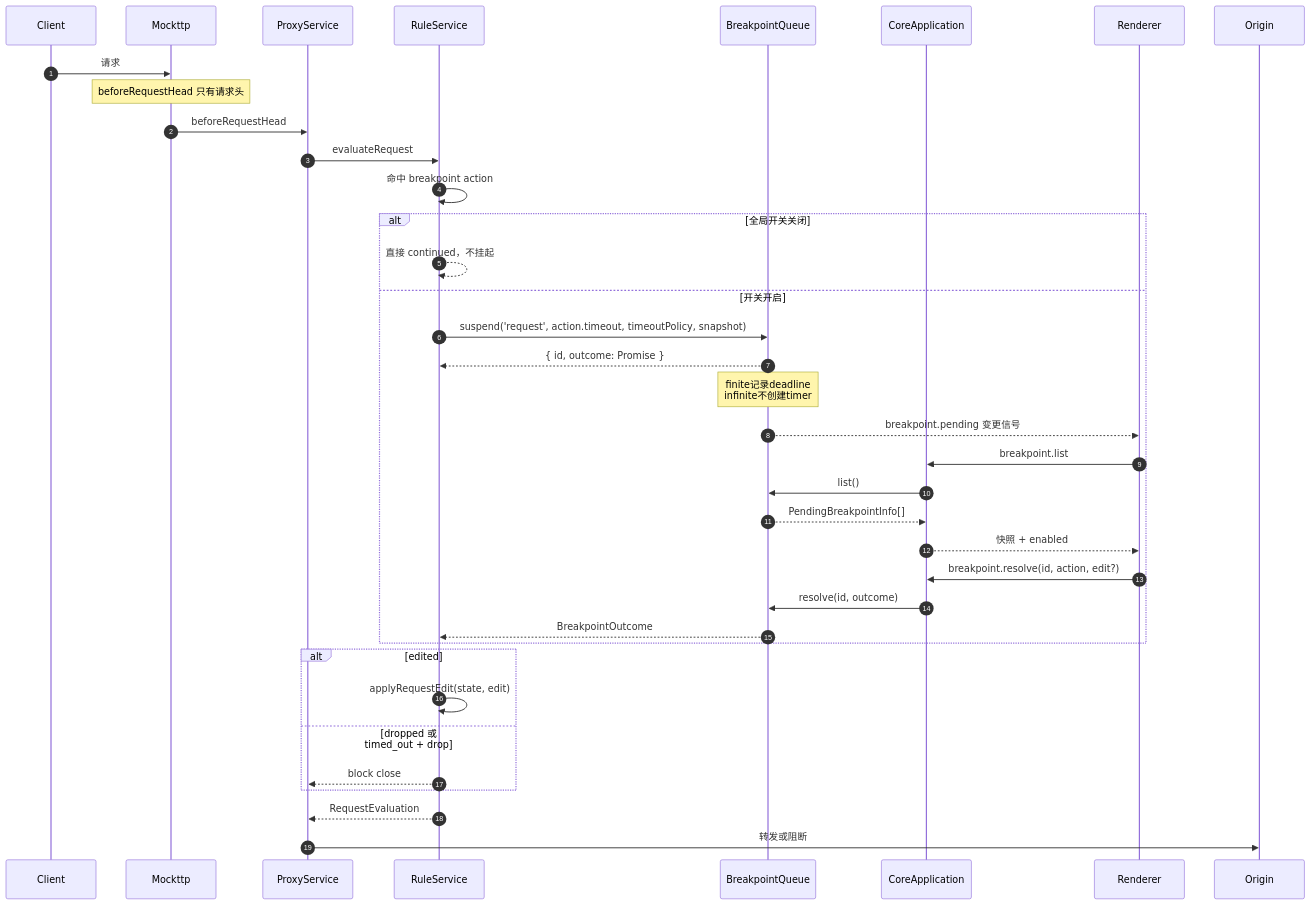
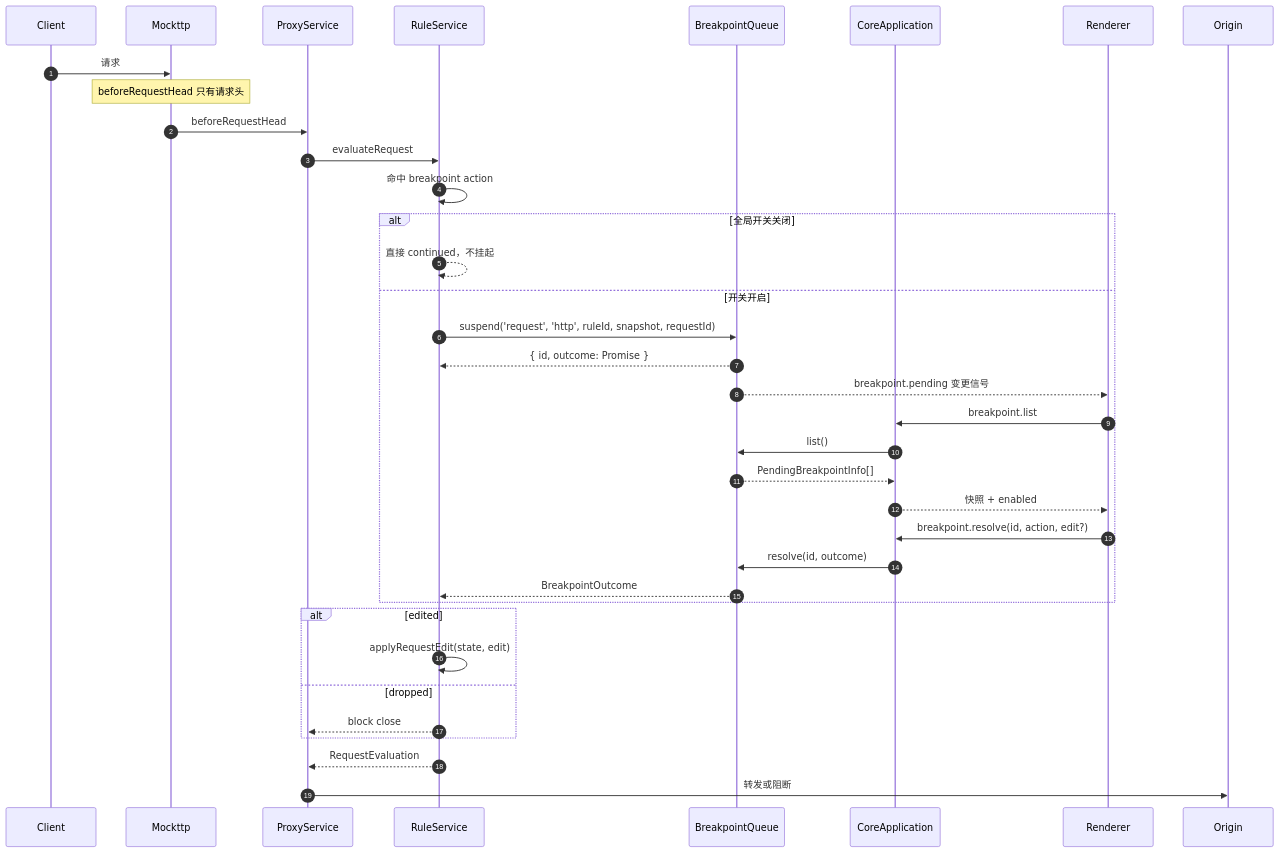
One commit to zhxmt-xm/Interceptor changed the second of 3 diagrams in architecture/features/breakpoints.md. Above: the diagram before and after it, drawn with Mermaid. The commit also changed other lines of this file and 181 other files, not shown here.

````diff
--- a/architecture/features/breakpoints.md
+++ b/architecture/features/breakpoints.md
@@ -60,45 +59,44 @@
 ```mermaid
 sequenceDiagram
     autonumber
     participant Client
     participant Mockttp
     participant Proxy as ProxyService
     participant Engine as RuleService
     participant Queue as BreakpointQueue
     participant App as CoreApplication
     participant UI as Renderer
     participant Origin
 
     Client->>Mockttp: 请求
     Note over Mockttp: beforeRequestHead 只有请求头
     Mockttp->>Proxy: beforeRequestHead
     Proxy->>Engine: evaluateRequest
 
     Engine->>Engine: 命中 breakpoint action
     alt 全局开关关闭
         Engine-->>Engine: 直接 continued，不挂起
     else 开关开启
-        Engine->>Queue: suspend('request', action.timeout, timeoutPolicy, snapshot)
+        Engine->>Queue: suspend('request', 'http', ruleId, snapshot, requestId)
         Queue-->>Engine: { id, outcome: Promise }
-        Note over Queue: finite记录deadline<br/>infinite不创建timer
 
         Queue-->>UI: breakpoint.pending 变更信号
         UI->>App: breakpoint.list
         App->>Queue: list()
         Queue-->>App: PendingBreakpointInfo[]
         App-->>UI: 快照 + enabled
 
         UI->>App: breakpoint.resolve(id, action, edit?)
         App->>Queue: resolve(id, outcome)
         Queue-->>Engine: BreakpointOutcome
     end
 
     alt edited
         Engine->>Engine: applyRequestEdit(state, edit)
-    else dropped 或 timed_out + drop
+    else dropped
         Engine-->>Proxy: block close
     end
 
     Engine-->>Proxy: RequestEvaluation
     Proxy->>Origin: 转发或阻断
 ```
````
